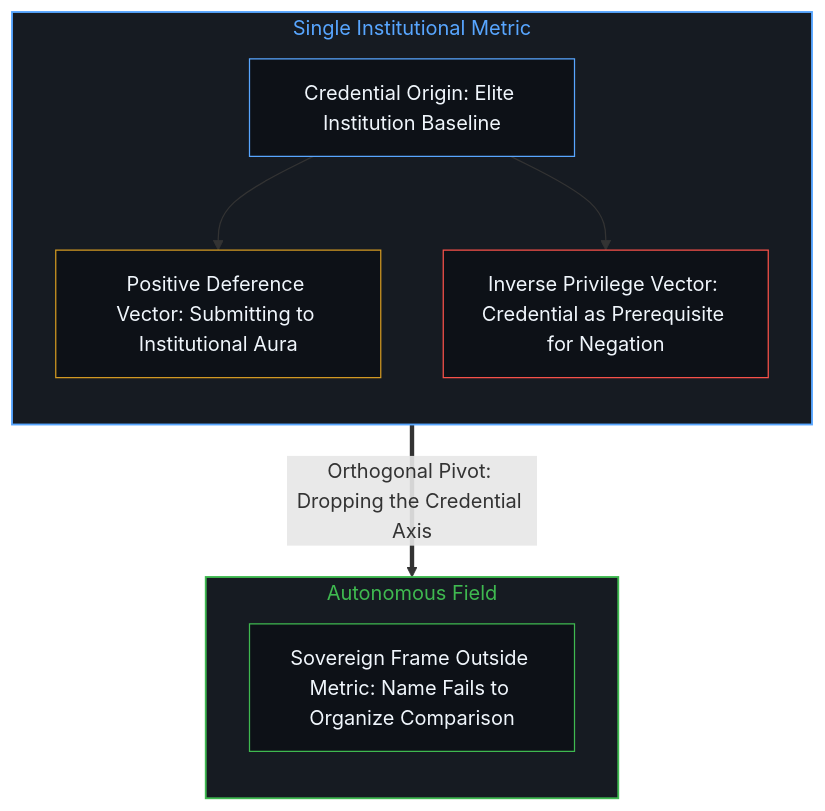
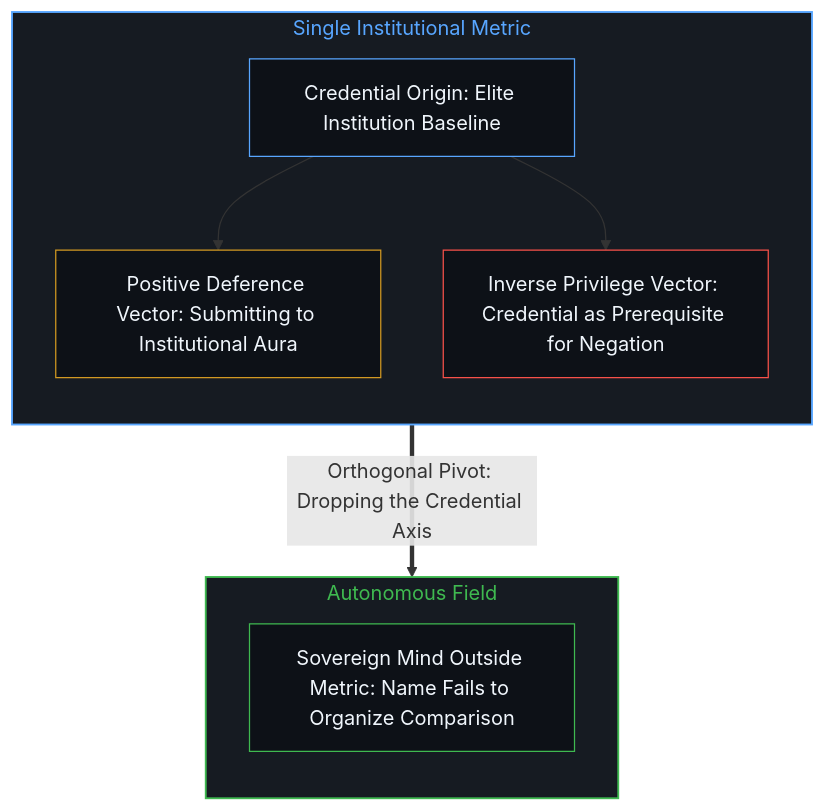
One commit to powerpig99/not-a-toe changed the second of 8 diagrams in content/posts/the-unexamined-critic.md. Above: the diagram before and after it, drawn with Mermaid. The commit also changed other lines of this file and 9 other files, not shown here.

````diff
--- a/content/posts/the-unexamined-critic.md
+++ b/content/posts/the-unexamined-critic.md
@@ -38,22 +38,22 @@
 ```mermaid
 flowchart TD
     subgraph S_Frame ["Single Institutional Metric"]
         direction TB
         Origin["Credential Origin: Elite Institution Baseline"]
         PosVec["Positive Deference Vector: Submitting to Institutional Aura"]
         NegVec["Inverse Privilege Vector: Credential as Prerequisite for Negation"]
         Origin --> PosVec
         Origin --> NegVec
     end
     subgraph S_Autonomous ["Autonomous Field"]
         direction TB
-        FreeMind["Sovereign Frame Outside Metric: Name Fails to Organize Comparison"]
+        FreeMind["Sovereign Mind Outside Metric: Name Fails to Organize Comparison"]
     end
     S_Frame ==>|"Orthogonal Pivot: Dropping the Credential Axis"| S_Autonomous
     style S_Frame fill:#161b22,stroke:#58a6ff,stroke-width:1.5px,color:#58a6ff
     style S_Autonomous fill:#161b22,stroke:#3fb950,stroke-width:1.5px,color:#3fb950
     style Origin fill:#0d1117,stroke:#58a6ff,stroke-width:1px,color:#f0f6fc
     style PosVec fill:#0d1117,stroke:#d29922,stroke-width:1px,color:#f0f6fc
     style NegVec fill:#0d1117,stroke:#f85149,stroke-width:1px,color:#f0f6fc
     style FreeMind fill:#0d1117,stroke:#3fb950,stroke-width:1px,color:#f0f6fc
 ```
````
